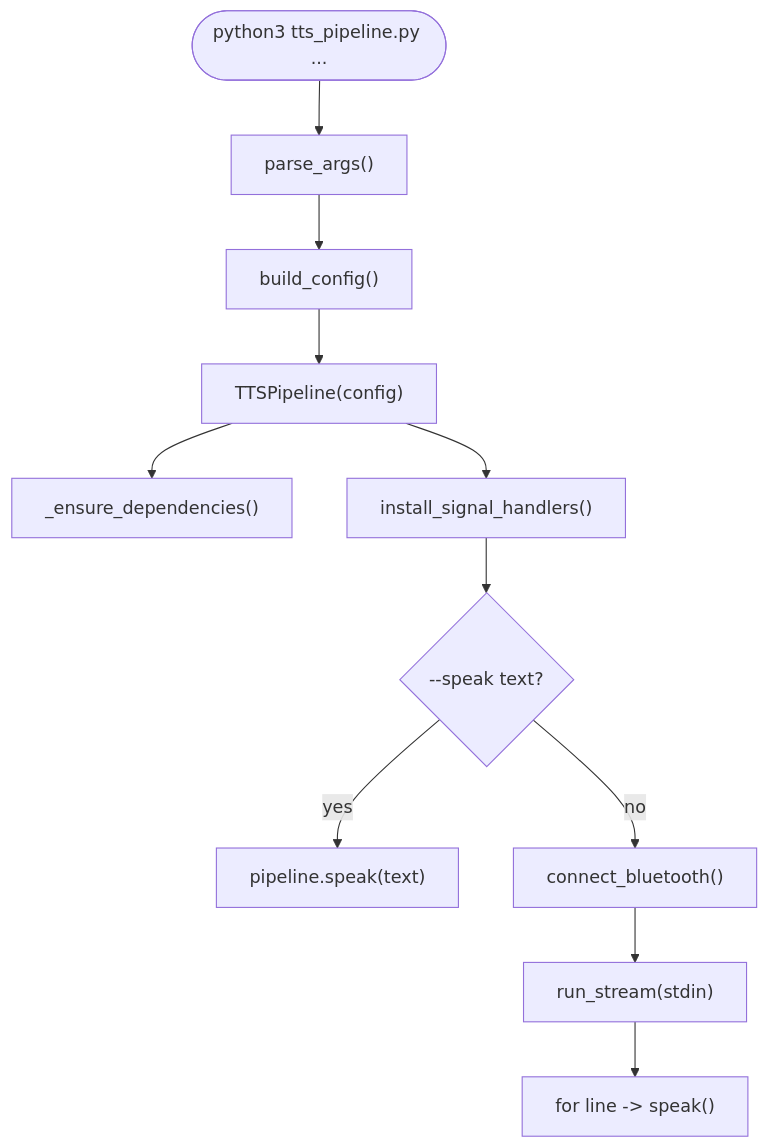
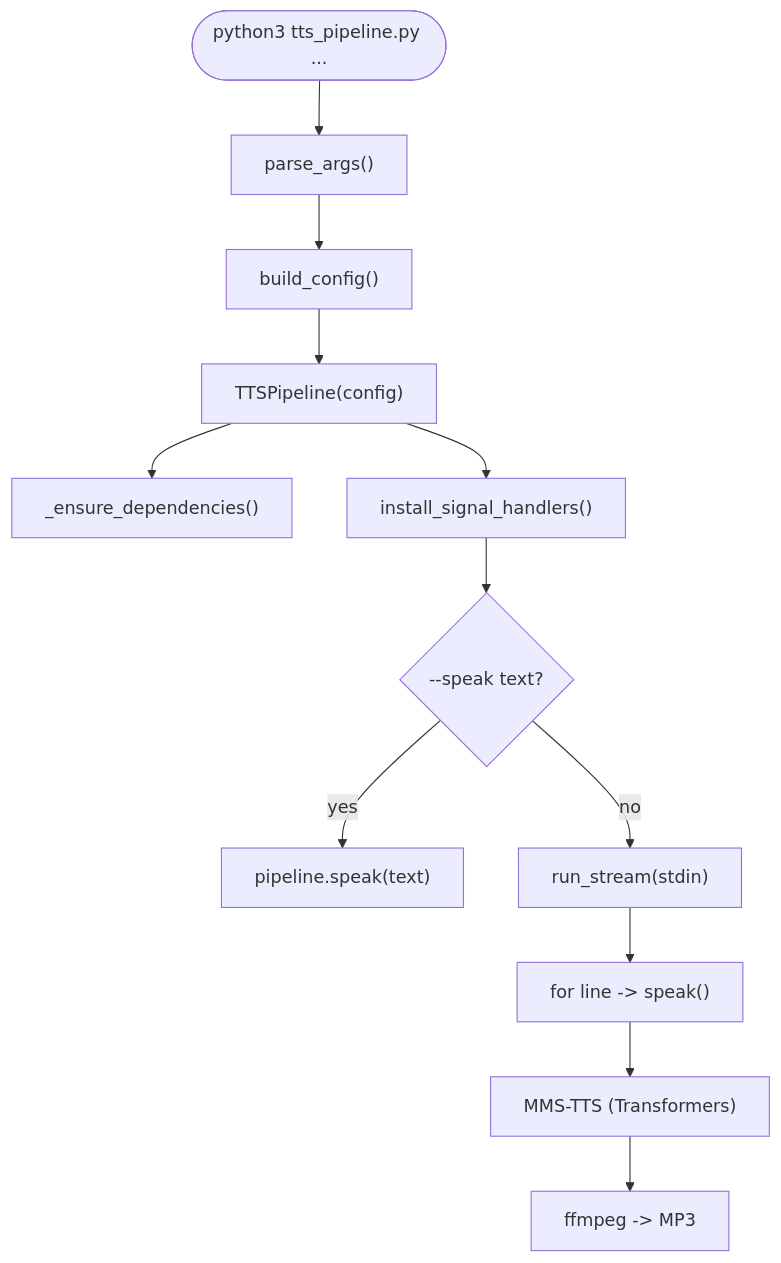
Before and after one commit to tasmirz/EyeWear: the seventh of 16 diagrams in docs/doc_v00.md, drawn with Mermaid. The commit also changed other lines of this file and 22 other files, not shown here.

````diff
--- a/docs/doc_v00.md
+++ b/docs/doc_v00.md
@@ -170,13 +171,14 @@
 ```mermaid
 flowchart TD
     start(["python3 tts_pipeline.py ..."]) --> parse["parse_args()"]
     parse --> config["build_config()"]
     config --> init["TTSPipeline(config)"]
     init --> deps["_ensure_dependencies()"]
     init --> sig["install_signal_handlers()"]
     sig --> speak{--speak text?}
     speak -- yes --> once["pipeline.speak(text)"]
-    speak -- no --> bt["connect_bluetooth()"]
-    bt --> stream["run_stream(stdin)"]
+    speak -- no --> stream["run_stream(stdin)"]
     stream --> speakLoop["for line -> speak()"]
+    speakLoop --> synth["MMS-TTS (Transformers)"]
+    synth --> convert["ffmpeg -> MP3"]
 ```
````
